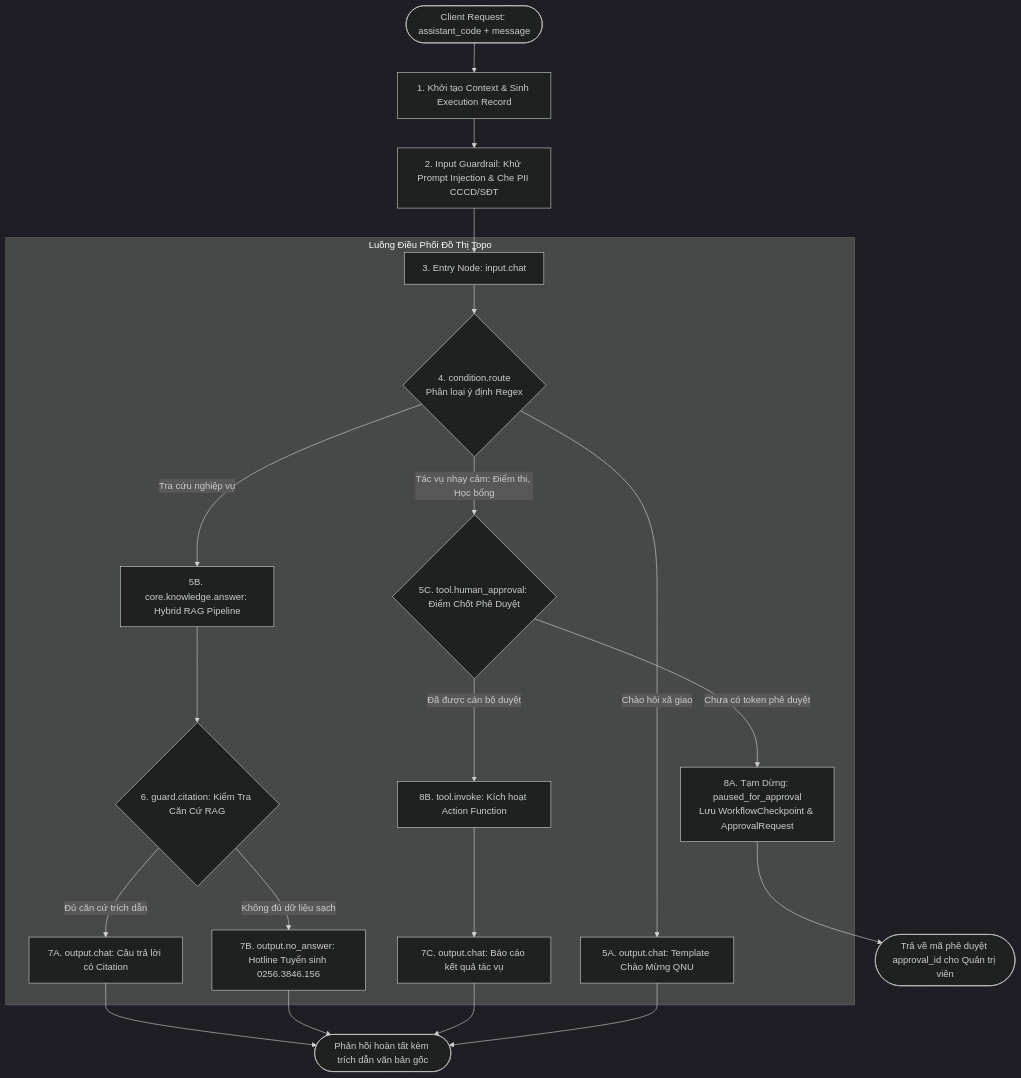
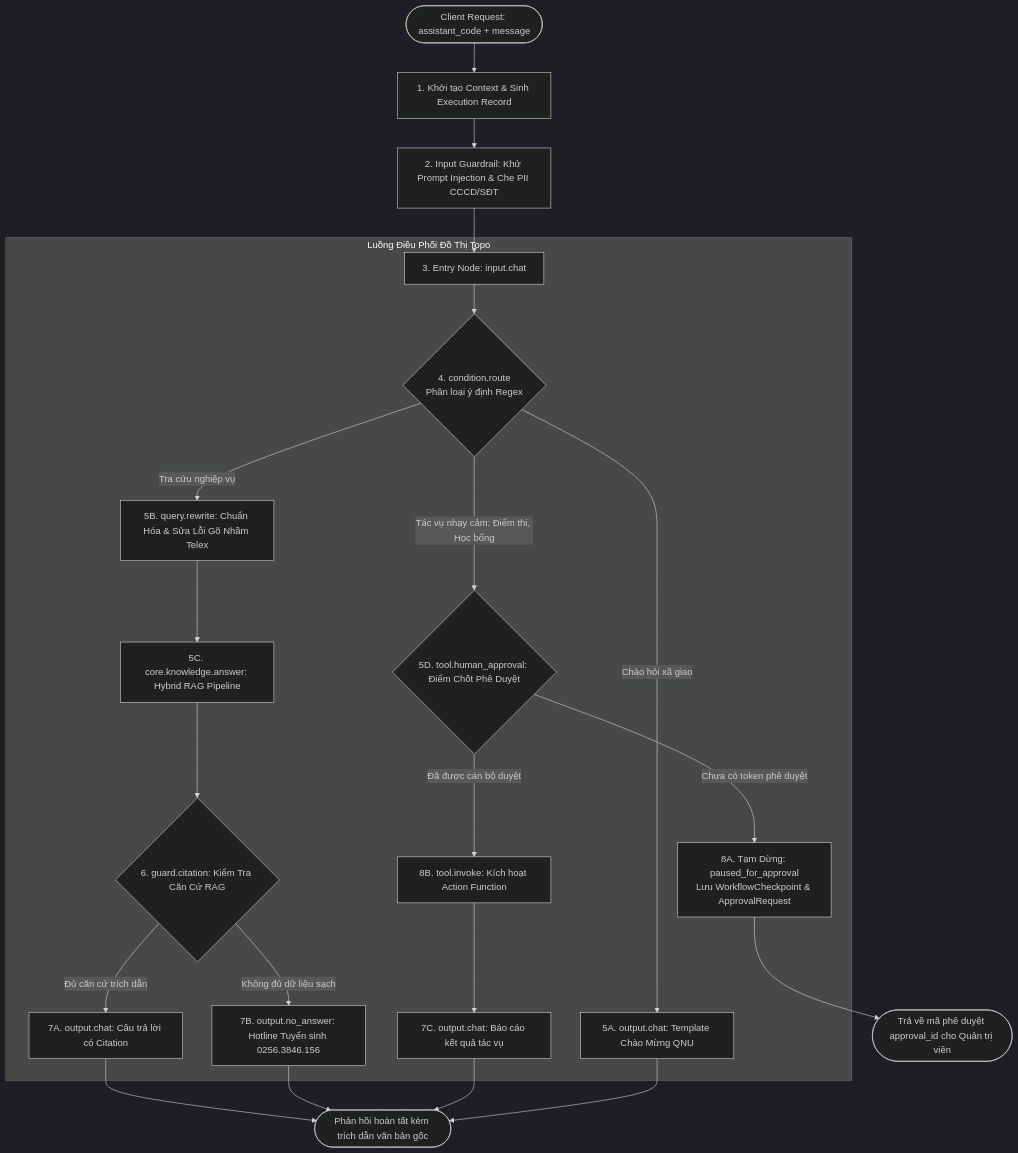
The second of 3 diagrams in docs/quy_trinh/04_dieu_phoi_tro_ly_dag.md (hatuandev/qnu-ai-platform), drawn with Mermaid (dark theme) before and after one commit. The commit also changed other lines of this file and 65 other files, not shown here.

Commit message:
feat: implement workflow orchestration engine, RAG parsing pipeline, multi-model adapters, and assistant management modules

````diff
--- a/docs/quy_trinh/04_dieu_phoi_tro_ly_dag.md
+++ b/docs/quy_trinh/04_dieu_phoi_tro_ly_dag.md
@@ -54,28 +54,29 @@
 ```mermaid
 flowchart TD
     REQ([Client Request: assistant_code + message]) --> ASST_INIT[1. Khởi tạo Context & Sinh Execution Record]
     ASST_INIT --> PII[2. Input Guardrail: Khử Prompt Injection & Che PII CCCD/SĐT]
     PII --> ENTRY[3. Entry Node: input.chat]
     
     subgraph DAG_EXECUTION [Luồng Điều Phối Đồ Thị Topo]
         ENTRY --> ROUTE{4. condition.route<br>Phân loại ý định Regex}
         
         ROUTE -->|Chào hỏi xã giao| GREET[5A. output.chat: Template Chào Mừng QNU]
-        ROUTE -->|Tra cứu nghiệp vụ| RAG[5B. core.knowledge.answer: Hybrid RAG Pipeline]
-        ROUTE -->|Tác vụ nhạy cảm: Điểm thi, Học bổng| APPROVAL{5C. tool.human_approval: Điểm Chốt Phê Duyệt}
+        ROUTE -->|Tra cứu nghiệp vụ| REWRITE[5B. query.rewrite: Chuẩn Hóa & Sửa Lỗi Gõ Nhầm Telex]
+        REWRITE --> RAG[5C. core.knowledge.answer: Hybrid RAG Pipeline]
+        ROUTE -->|Tác vụ nhạy cảm: Điểm thi, Học bổng| APPROVAL{5D. tool.human_approval: Điểm Chốt Phê Duyệt}
         
         RAG --> GUARD{6. guard.citation: Kiểm Tra Căn Cứ RAG}
         GUARD -->|Đủ căn cứ trích dẫn| OUT_RAG[7A. output.chat: Câu trả lời có Citation]
         GUARD -->|Không đủ dữ liệu sạch| OUT_FALLBACK[7B. output.no_answer: Hotline Tuyển sinh 0256.3846.156]
         
         APPROVAL -->|Chưa có token phê duyệt| PAUSE[8A. Tạm Dừng: paused_for_approval<br>Lưu WorkflowCheckpoint & ApprovalRequest]
         APPROVAL -->|Đã được cán bộ duyệt| TOOL[8B. tool.invoke: Kích hoạt Action Function]
         TOOL --> OUT_TOOL[7C. output.chat: Báo cáo kết quả tác vụ]
     end
 
     PAUSE --> RET_PAUSE([Trả về mã phê duyệt approval_id cho Quản trị viên])
     OUT_RAG --> RET_OK([Phản hồi hoàn tất kèm trích dẫn văn bản gốc])
     OUT_FALLBACK --> RET_OK
     OUT_TOOL --> RET_OK
     GREET --> RET_OK
 ```
````
